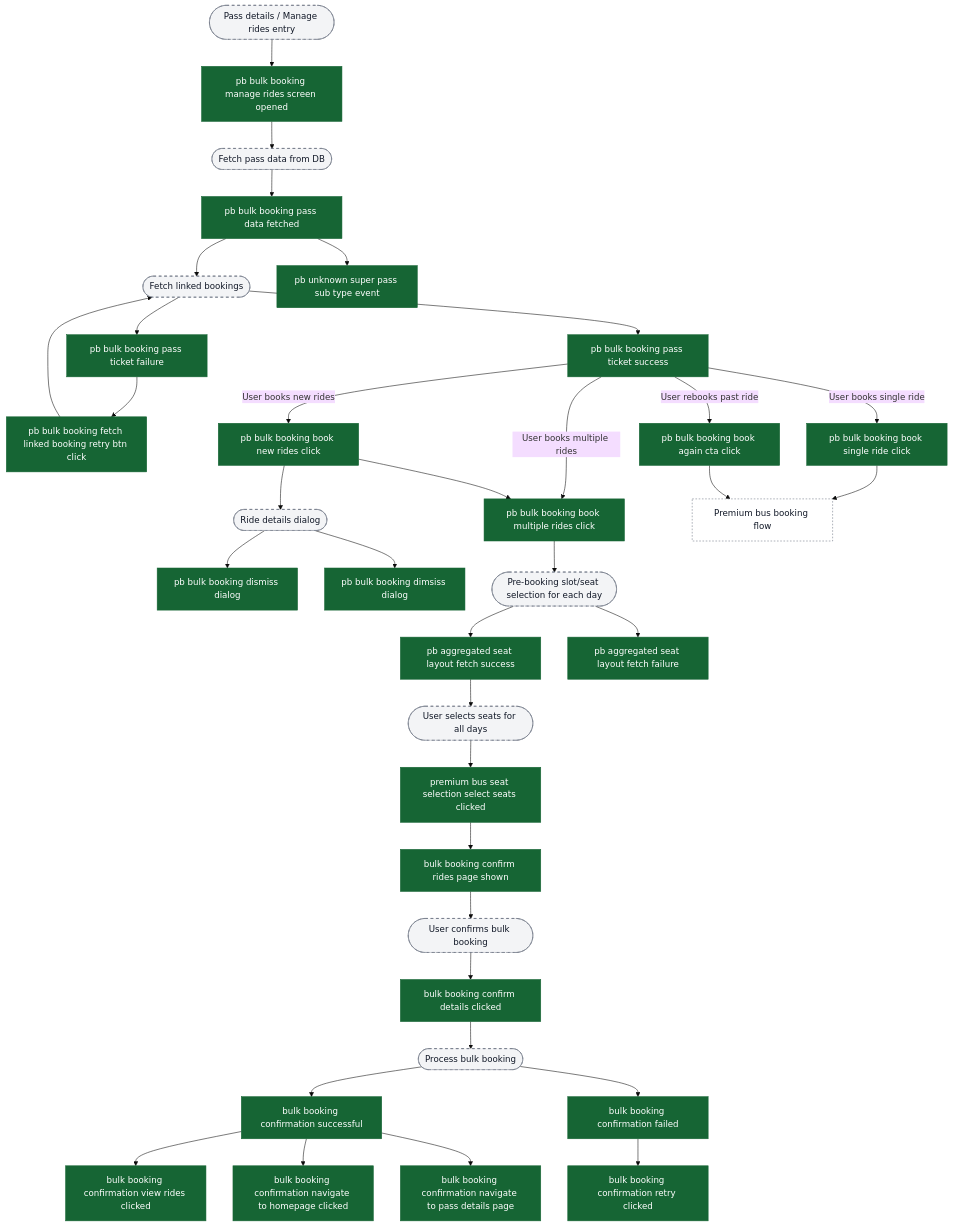
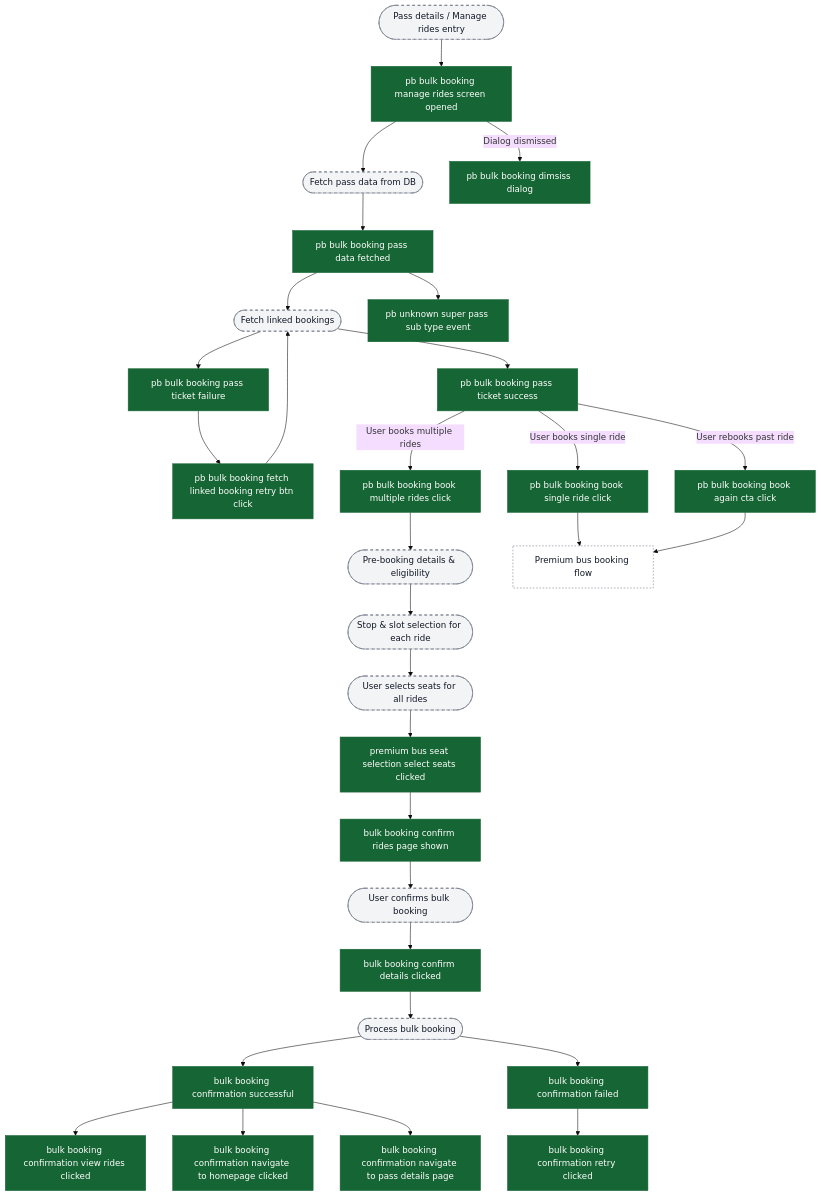
One commit to ratulsarna/chalo-app-dashboard changed the third of 7 diagrams in content/analytics/premium-bus-bulk-booking/flow-diagrams.md. Above: the diagram before and after it, drawn with Mermaid (base theme). The commit also changed other lines of this file and 1 other file, not shown here.

Commit message:
feat(analytics): enhance flow diagrams for premium bus bulk booking with new events and properties

````diff
--- a/content/analytics/premium-bus-bulk-booking/flow-diagrams.md
+++ b/content/analytics/premium-bus-bulk-booking/flow-diagrams.md
@@ -48,58 +50,57 @@
 ```mermaid
 flowchart TD
   ui_passDetails([Pass details / Manage rides entry]) --> ev_bulkOpen["pb bulk booking manage rides screen opened"]
 
   ev_bulkOpen --> ui_passDataFetch([Fetch pass data from DB])
   ui_passDataFetch --> ev_passDataFetched["pb bulk booking pass data fetched"]
 
   ev_passDataFetched --> ui_linkedBookingsFetch([Fetch linked bookings])
   ui_linkedBookingsFetch --> ev_linkedSuccess["pb bulk booking pass ticket success"]
   ui_linkedBookingsFetch --> ev_linkedFailed["pb bulk booking pass ticket failure"]
   ev_linkedFailed --> ev_linkedRetry["pb bulk booking fetch linked booking retry btn click"]
   ev_linkedRetry --> ui_linkedBookingsFetch
 
   ev_passDataFetched --> ev_unknownSubType["pb unknown super pass sub type event"]
 
   ev_linkedSuccess -->|User books single ride| ev_singleRideClick["pb bulk booking book single ride click"]
   ev_linkedSuccess -->|User books multiple rides| ev_multipleRidesClick["pb bulk booking book multiple rides click"]
-  ev_linkedSuccess -->|User books new rides| ev_bookNewRidesClick["pb bulk booking book new rides click"]
   ev_linkedSuccess -->|User rebooks past ride| ev_bookAgainClick["pb bulk booking book again cta click"]
 
-  ev_bookNewRidesClick --> ui_rideDetailsDialog([Ride details dialog])
-  ui_rideDetailsDialog --> ev_dismissDialog["pb bulk booking dismiss dialog"]
-  ui_rideDetailsDialog --> ev_dimsissDialog["pb bulk booking dimsiss dialog"]
-  ev_bookNewRidesClick --> ev_multipleRidesClick
+  ev_bulkOpen -->|Dialog dismissed| ev_dimsissDialog["pb bulk booking dimsiss dialog"]
 
-  ev_multipleRidesClick --> ui_prebookingFlow([Pre-booking slot/seat selection for each day])
+  ev_multipleRidesClick --> ui_prebookingDetails([Pre-booking details & eligibility])
 
-  ui_prebookingFlow --> ev_aggSeatLayoutSuccess["pb aggregated seat layout fetch success"]
-  ui_prebookingFlow --> ev_aggSeatLayoutFailed["pb aggregated seat layout fetch failure"]
-
-  ev_aggSeatLayoutSuccess --> ui_seatSelection([User selects seats for all days])
+  ui_prebookingDetails --> ui_prebookingFlow([Stop & slot selection for each ride])
+  ui_prebookingFlow --> ui_seatSelection([User selects seats for all rides])
   ui_seatSelection --> ev_selectSeatsClicked["premium bus seat selection select seats clicked"]
 
   ev_selectSeatsClicked --> ev_confirmPageShown["bulk booking confirm rides page shown"]
 
   ev_confirmPageShown --> ui_userConfirms([User confirms bulk booking])
   ui_userConfirms --> ev_confirmClicked["bulk booking confirm details clicked"]
 
   ev_confirmClicked --> ui_bulkBookingProcess([Process bulk booking])
   ui_bulkBookingProcess --> ev_bulkSuccess["bulk booking confirmation successful"]
   ui_bulkBookingProcess --> ev_bulkFailed["bulk booking confirmation failed"]
 
   ev_bulkSuccess --> ev_viewRidesClicked["bulk booking confirmation view rides clicked"]
   ev_bulkSuccess --> ev_navHome["bulk booking confirmation navigate to homepage clicked"]
   ev_bulkSuccess --> ev_navPassDetails["bulk booking confirmation navigate to pass details page"]
   ev_bulkFailed --> ev_retryClicked["bulk booking confirmation retry clicked"]
 
   ev_singleRideClick --> ext_bookingFlow[Premium bus booking flow]
   ev_bookAgainClick --> ext_bookingFlow
 
+  %%chalo:diagram-link ui_prebookingDetails -> title:Funnel: Bulk Booking - Pre-Booking Details & Eligibility Checks
+  %%chalo:diagram-link ui_prebookingFlow -> title:Funnel: Bulk Booking - Stop & Slot Selection
+  %%chalo:diagram-link ui_seatSelection -> title:Seat Selection (Bulk Context)
+  %%chalo:diagram-link ext_bookingFlow -> title:External: Premium Bus Booking Flow
+
   classDef event fill:#166534,stroke:#166534,color:#ffffff;
   classDef ui fill:#f3f4f6,stroke:#6b7280,stroke-dasharray: 5 5,color:#111827;
   classDef external fill:#ffffff,stroke:#6b7280,stroke-dasharray: 3 3,color:#111827;
 
-  class ev_bulkOpen,ev_passDataFetched,ev_linkedSuccess,ev_linkedFailed,ev_linkedRetry,ev_unknownSubType,ev_singleRideClick,ev_multipleRidesClick,ev_bookNewRidesClick,ev_bookAgainClick,ev_dismissDialog,ev_dimsissDialog,ev_aggSeatLayoutSuccess,ev_aggSeatLayoutFailed,ev_selectSeatsClicked,ev_confirmPageShown,ev_confirmClicked,ev_bulkSuccess,ev_bulkFailed,ev_viewRidesClicked,ev_navHome,ev_navPassDetails,ev_retryClicked event;
-  class ui_passDetails,ui_passDataFetch,ui_linkedBookingsFetch,ui_rideDetailsDialog,ui_prebookingFlow,ui_seatSelection,ui_userConfirms,ui_bulkBookingProcess ui;
+  class ev_bulkOpen,ev_passDataFetched,ev_linkedSuccess,ev_linkedFailed,ev_linkedRetry,ev_unknownSubType,ev_singleRideClick,ev_multipleRidesClick,ev_bookAgainClick,ev_dimsissDialog,ev_selectSeatsClicked,ev_confirmPageShown,ev_confirmClicked,ev_bulkSuccess,ev_bulkFailed,ev_viewRidesClicked,ev_navHome,ev_navPassDetails,ev_retryClicked event;
+  class ui_passDetails,ui_passDataFetch,ui_linkedBookingsFetch,ui_prebookingDetails,ui_prebookingFlow,ui_seatSelection,ui_userConfirms,ui_bulkBookingProcess ui;
   class ext_bookingFlow external;
 ```
````
